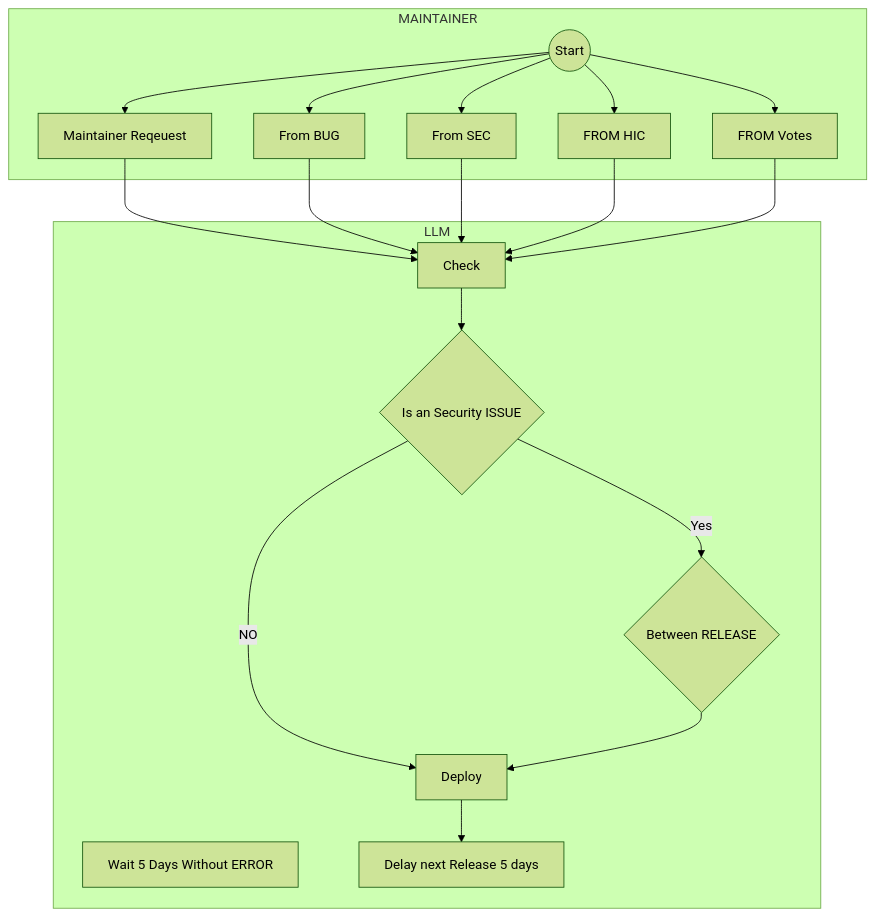
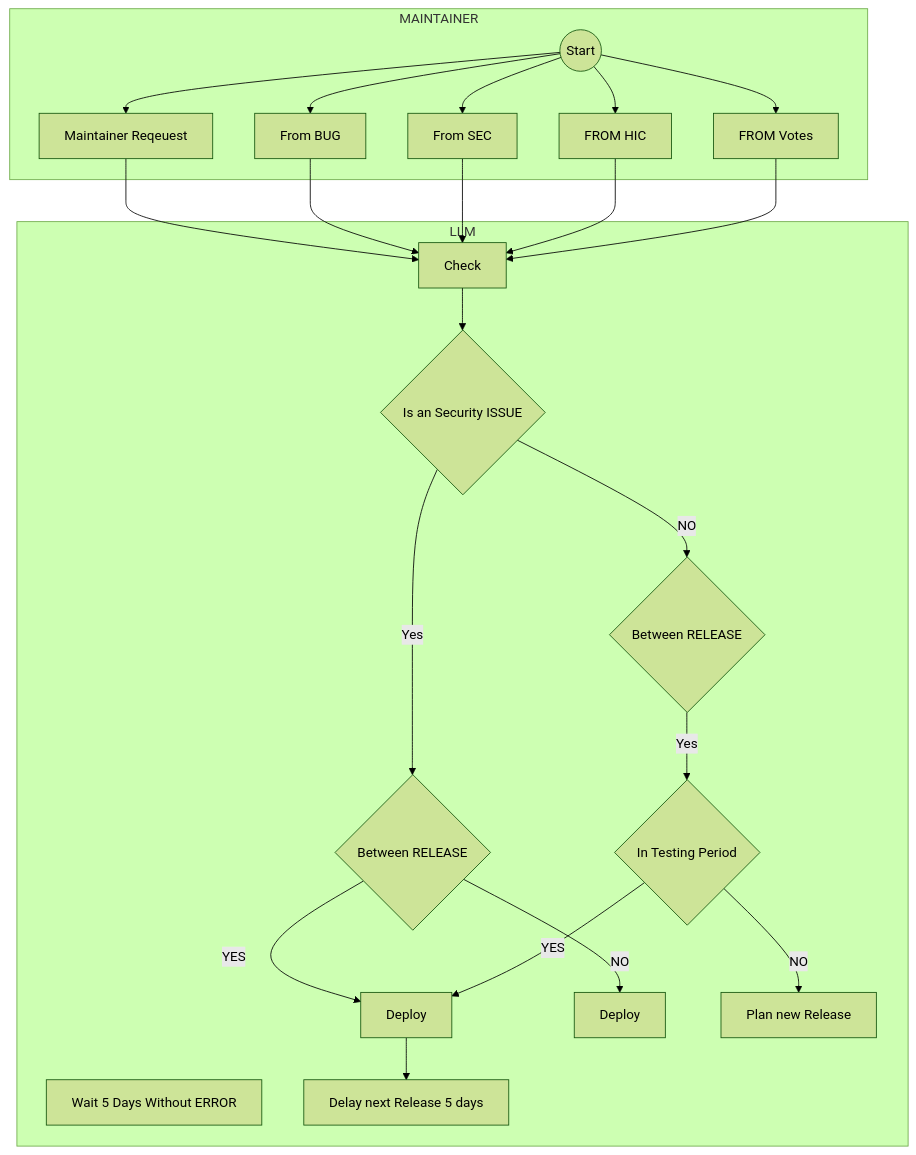
One commit to GFGMNET/Workspace changed the diagram in docs/workflow_release.md. Above: the diagram before and after it, drawn with Mermaid (forest theme).

````diff
--- a/docs/workflow_release.md
+++ b/docs/workflow_release.md
@@ -1,39 +1,45 @@
 ```mermaid
 flowchart TD
  subgraph MAINTAINER
     STA@{ shape: circle, label: "Start" }
 	DEC[Maintainer Reqeuest]
 	BUG[From BUG]
 	SEC[From SEC]
 	HIC[FROM HIC]
 	VOT[FROM Votes]
  end
  subgraph LLM
   CHE[Check]
   DEP[Deploy]
+  DIF[Deploy]
   BET{Between RELEASE}
+  BIT{Between RELEASE}
   ISEC{Is an Security ISSUE}
   WAU[Wait 5 Days Without ERROR]
   DEL[Delay next Release 5 days]
+  TES{In Testing Period}
+  PLAN[Plan new Release]
  end
   
  
  
  STA --> DEC
  STA --> BUG
  STA --> SEC
  STA --> HIC
  STA --> VOT
  DEC --> CHE 
  BUG --> CHE 
  SEC --> CHE 
  HIC --> CHE 
  VOT --> CHE 
  CHE --> ISEC
  ISEC --> |Yes|BET
- ISEC --> |NO|DEP
- BET --> DEP 
+ BET --> |YES|DEP 
+ BET --> |NO|DIF
  DEP --> DEL
- 
- 
+ ISEC --> |NO|BIT
+ BIT --> |Yes|TES
+ TES --> |YES| DEP
+ TES --> |NO| PLAN
  ```
````
